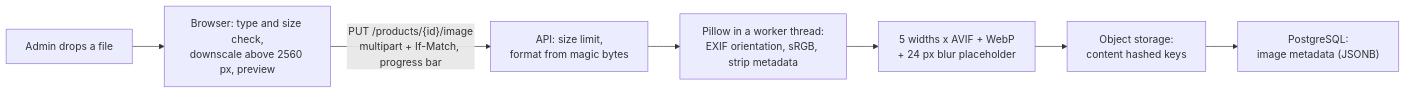
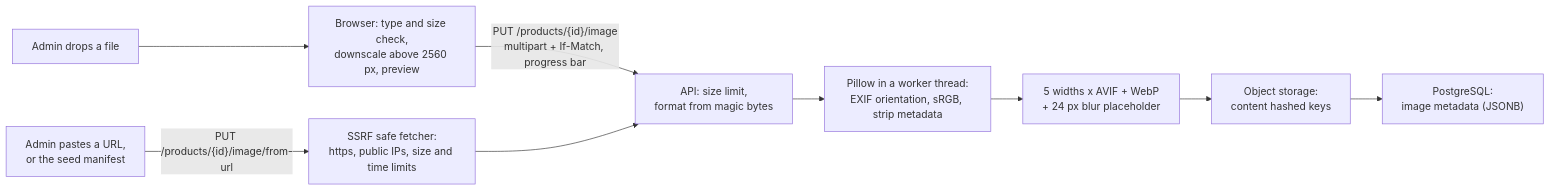
Before and after one commit to davidmm07/ecommerce-platform: the third of 3 diagrams in README.md, drawn with Mermaid. The commit also changed other lines of this file, not shown here.

Commit message:
docs: explain the SQL payload rule and URL based photo seeding

````diff
--- a/README.md
+++ b/README.md
@@ -510,9 +542,11 @@
 ```mermaid
 flowchart LR
     A["Admin drops a file"] --> B["Browser: type and size check,<br/>downscale above 2560 px, preview"]
     B -->|"PUT /products/{id}/image<br/>multipart + If-Match, progress bar"| C["API: size limit,<br/>format from magic bytes"]
+    U["Admin pastes a URL,<br/>or the seed manifest"] -->|"PUT /products/{id}/image/from-url"| R["SSRF safe fetcher:<br/>https, public IPs, size and time limits"]
+    R --> C
     C --> D["Pillow in a worker thread:<br/>EXIF orientation, sRGB, strip metadata"]
     D --> E["5 widths x AVIF + WebP<br/>+ 24 px blur placeholder"]
     E --> F["Object storage:<br/>content hashed keys"]
     F --> G["PostgreSQL:<br/>image metadata (JSONB)"]
 ```
````
